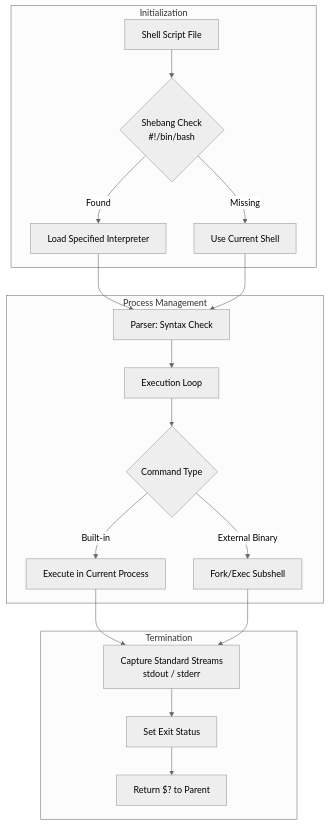
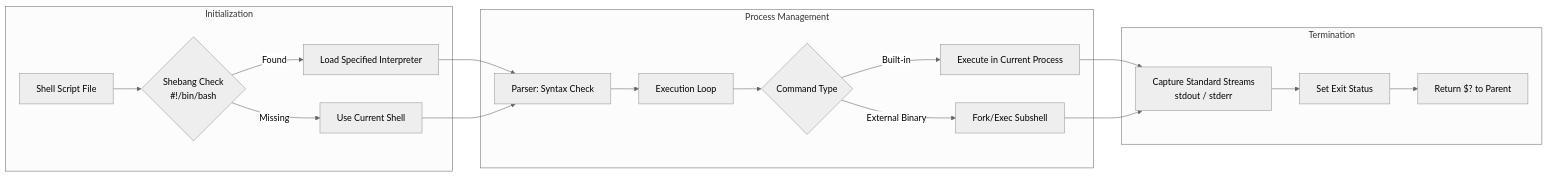
One commit to arira-ai/ar_linux changed the diagram in 06-shell-scripting-basics/06.00-shell-scripting-basics.md. Above: the diagram before and after it, drawn with Mermaid (neutral theme). The commit also changed other lines of this file, not shown here.

````diff
--- a/06-shell-scripting-basics/06.00-shell-scripting-basics.md
+++ b/06-shell-scripting-basics/06.00-shell-scripting-basics.md
@@ -33,24 +33,24 @@
 ```mermaid
-flowchart TD
+flowchart LR
     subgraph Initialization
         A[Shell Script File] --> B{Shebang Check 
         #!/bin/bash}
         B -->|Found| C[Load Specified Interpreter]
         B -->|Missing| D[Use Current Shell]
     end
 
     subgraph Execution_Engine [Process Management]
         C & D --> E[Parser: Syntax Check]
         E --> F[Execution Loop]
         F --> G{Command Type}
         
         G -->|Built-in| H[Execute in Current Process]
         G -->|External Binary| I[Fork/Exec Subshell]
     end
 
     subgraph Output_Handling [Termination]
         H & I --> J[Capture Standard Streams\nstdout / stderr]
         J --> K[Set Exit Status]
         K --> L[Return $? to Parent]
     end
 ```
````
